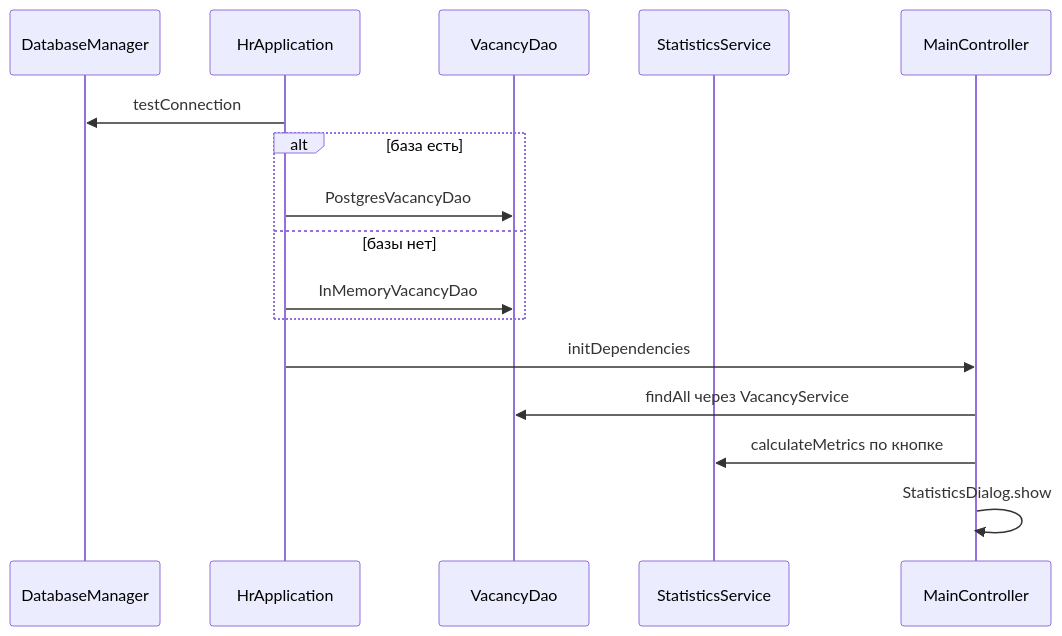
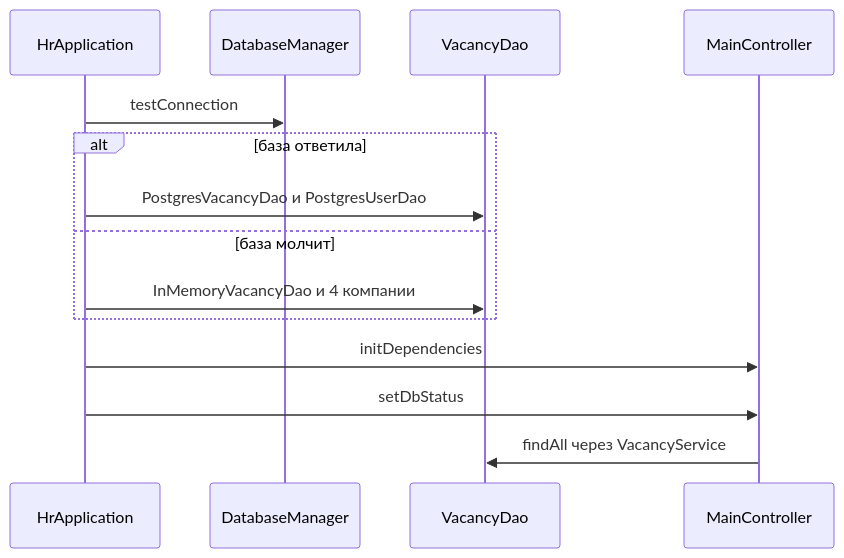
Before and after one commit to SeyYestyq/HR-System-FX: the second of 2 diagrams in docs/gleb-integration.md, drawn with Mermaid. The commit also changed other lines of this file and 13 other files, not shown here.

Commit message:
feat: finish database, vacancy form, and CSV export on the integration branch

````diff
--- a/docs/gleb-integration.md
+++ b/docs/gleb-integration.md
@@ -169,19 +51,17 @@
 ```mermaid
 sequenceDiagram
-    participant Edik as DatabaseManager
     participant App as HrApplication
-    participant Maxim as VacancyDao
-    participant Damir as StatisticsService
-    participant Gleb as MainController
+    participant Db as DatabaseManager
+    participant Dao as VacancyDao
+    participant Ui as MainController
 
-    App->>Edik: testConnection
-    alt база есть
-        App->>Maxim: PostgresVacancyDao
-    else базы нет
-        App->>Maxim: InMemoryVacancyDao
+    App->>Db: testConnection
+    alt база ответила
+        App->>Dao: PostgresVacancyDao и PostgresUserDao
+    else база молчит
+        App->>Dao: InMemoryVacancyDao и 4 компании
     end
-    App->>Gleb: initDependencies
-    Gleb->>Maxim: findAll через VacancyService
-    Gleb->>Damir: calculateMetrics по кнопке
-    Gleb->>Gleb: StatisticsDialog.show
+    App->>Ui: initDependencies
+    App->>Ui: setDbStatus
+    Ui->>Dao: findAll через VacancyService
 ```
````
